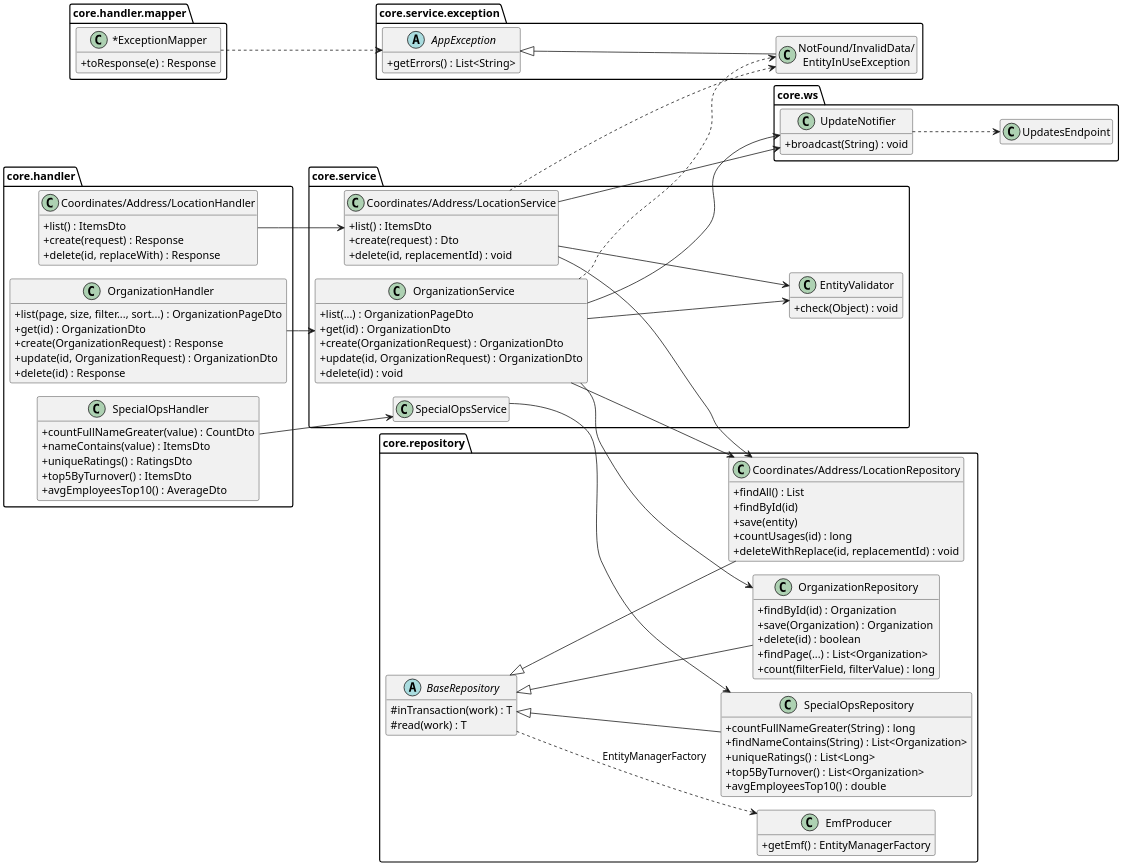
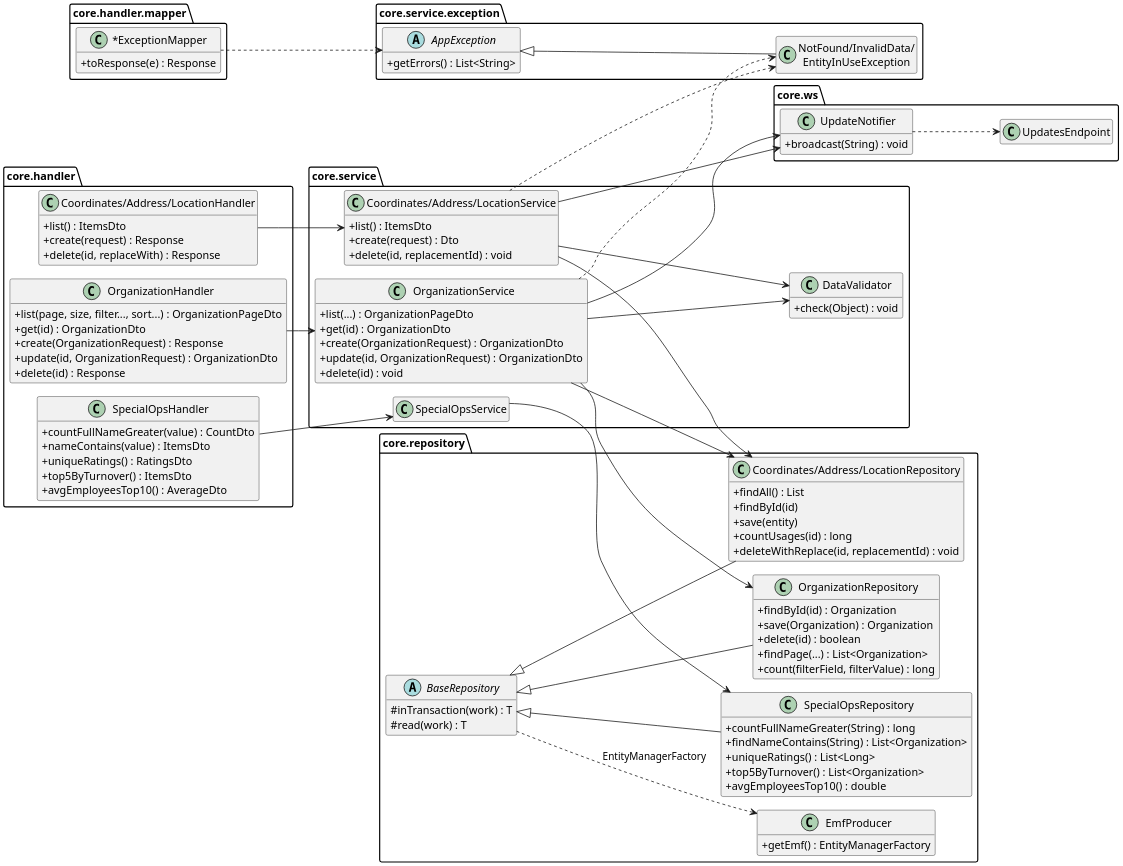
One commit to egor-abramov/IS-Lab changed the diagram in report/uml/layers.puml. Above: the diagram before and after it, drawn with PlantUML. The commit also changed 5 other files, not shown here.

Commit message:
refactor: rename EntityValidator to DataValidator

```diff
--- a/report/uml/layers.puml
+++ b/report/uml/layers.puml
@@ -1,126 +1,126 @@
 @startuml layers
 !pragma layout smetana
 skinparam dpi 180
 skinparam defaultFontName Arial
 skinparam shadowing false
 skinparam classAttributeIconSize 0
 hide empty fields
 hide empty methods
 set separator none
 left to right direction
 
 package core.handler {
     class OrganizationHandler {
         + list(page, size, filter..., sort...) : OrganizationPageDto
         + get(id) : OrganizationDto
         + create(OrganizationRequest) : Response
         + update(id, OrganizationRequest) : OrganizationDto
         + delete(id) : Response
     }
     class "Coordinates/Address/LocationHandler" as NestedHandler {
         + list() : ItemsDto
         + create(request) : Response
         + delete(id, replaceWith) : Response
     }
     class SpecialOpsHandler {
         + countFullNameGreater(value) : CountDto
         + nameContains(value) : ItemsDto
         + uniqueRatings() : RatingsDto
         + top5ByTurnover() : ItemsDto
         + avgEmployeesTop10() : AverageDto
     }
 }
 
 package core.handler.mapper {
     class "*ExceptionMapper" as Mappers {
         + toResponse(e) : Response
     }
 }
 
 package core.service {
     class OrganizationService {
         + list(...) : OrganizationPageDto
         + get(id) : OrganizationDto
         + create(OrganizationRequest) : OrganizationDto
         + update(id, OrganizationRequest) : OrganizationDto
         + delete(id) : void
     }
     class "Coordinates/Address/LocationService" as NestedService {
         + list() : ItemsDto
         + create(request) : Dto
         + delete(id, replacementId) : void
     }
     class SpecialOpsService
-    class EntityValidator {
+    class DataValidator {
         + check(Object) : void
     }
 }
 
 package core.service.exception {
     abstract class AppException {
         + getErrors() : List<String>
     }
     class "NotFound/InvalidData/\nEntityInUseException" as Exceptions
 }
 
 package core.repository {
     abstract class BaseRepository {
         # inTransaction(work) : T
         # read(work) : T
     }
     class "Coordinates/Address/LocationRepository" as NestedRepository {
         + findAll() : List
         + findById(id)
         + save(entity)
         + countUsages(id) : long
         + deleteWithReplace(id, replacementId) : void
     }
     class OrganizationRepository {
         + findById(id) : Organization
         + save(Organization) : Organization
         + delete(id) : boolean
         + findPage(...) : List<Organization>
         + count(filterField, filterValue) : long
     }
     class SpecialOpsRepository {
         + countFullNameGreater(String) : long
         + findNameContains(String) : List<Organization>
         + uniqueRatings() : List<Long>
         + top5ByTurnover() : List<Organization>
         + avgEmployeesTop10() : double
     }
     class EmfProducer {
         + getEmf() : EntityManagerFactory
     }
 }
 
 package core.ws {
     class UpdateNotifier {
         + broadcast(String) : void
     }
     class UpdatesEndpoint
 }
 
 OrganizationHandler --> OrganizationService
 NestedHandler --> NestedService
 SpecialOpsHandler --> SpecialOpsService
 Mappers ..> AppException
 AppException <|-- Exceptions
 
 OrganizationService --> OrganizationRepository
 OrganizationService --> NestedRepository
-OrganizationService --> EntityValidator
+OrganizationService --> DataValidator
 OrganizationService --> UpdateNotifier
 NestedService --> NestedRepository
-NestedService --> EntityValidator
+NestedService --> DataValidator
 NestedService --> UpdateNotifier
 SpecialOpsService --> SpecialOpsRepository
 OrganizationService ..> Exceptions
 NestedService ..> Exceptions
 UpdateNotifier ..> UpdatesEndpoint
 
 BaseRepository <|-- OrganizationRepository
 BaseRepository <|-- NestedRepository
 BaseRepository <|-- SpecialOpsRepository
 BaseRepository ..> EmfProducer : EntityManagerFactory
 @enduml
```
